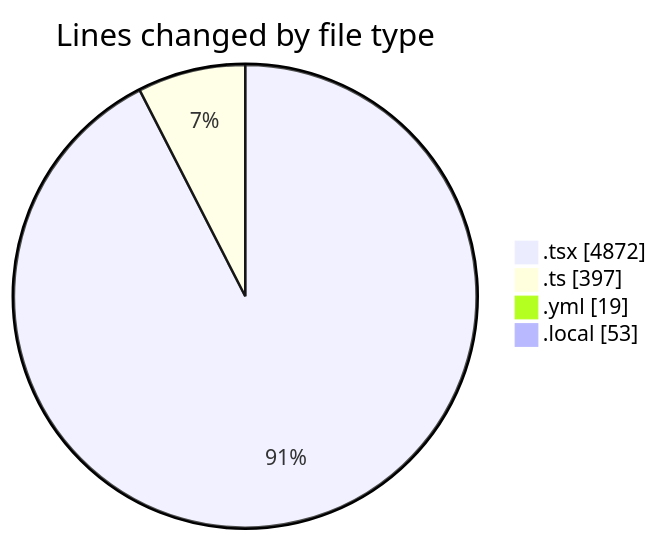
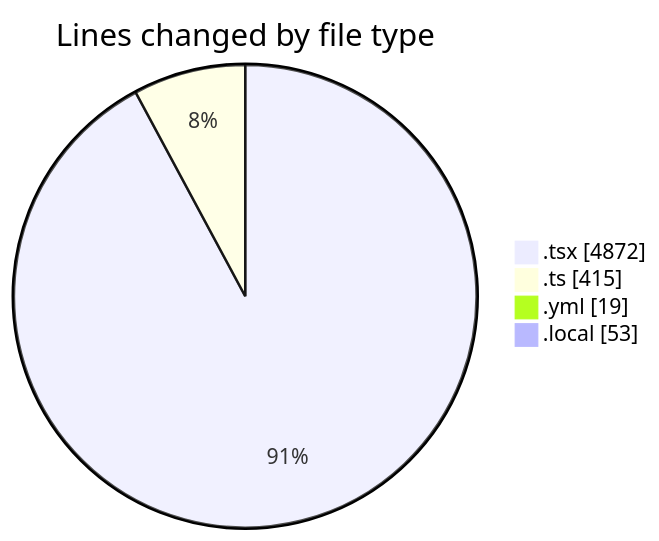
One commit to julien-gomy/code-tracking changed the first of 2 diagrams in 2025-11-18/eventscop-frontend-guide__workspace_/README.md. Above: the diagram before and after it, drawn with Mermaid. The commit also changed other lines of this file and 1 other file, not shown here.

````diff
--- a/2025-11-18/eventscop-frontend-guide__workspace_/README.md
+++ b/2025-11-18/eventscop-frontend-guide__workspace_/README.md
@@ -61,8 +62,8 @@
 ```mermaid
 pie showData
 title Lines changed by file type
 ".tsx" : 4872
-".ts" : 397
+".ts" : 415
 ".yml" : 19
 ".local" : 53
 ```
````
